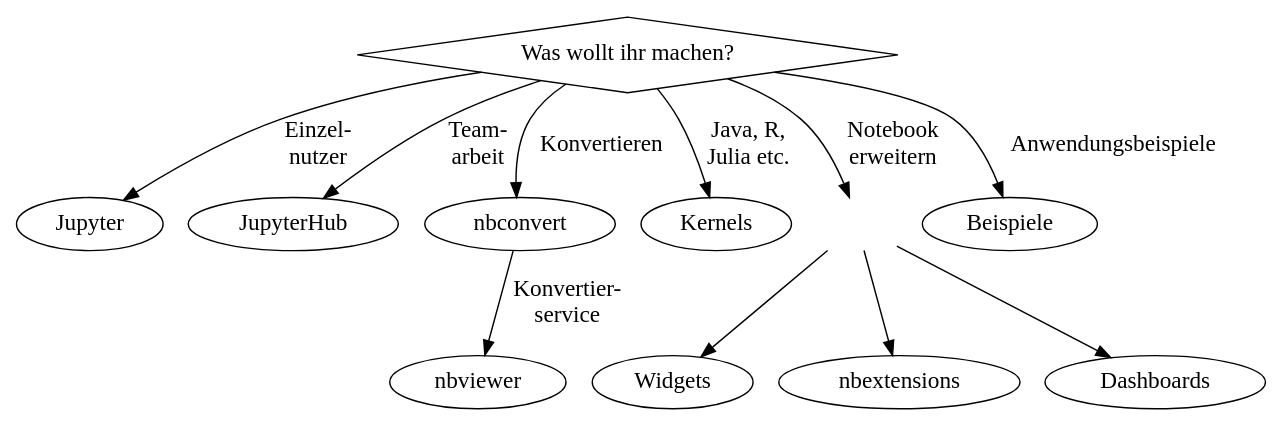
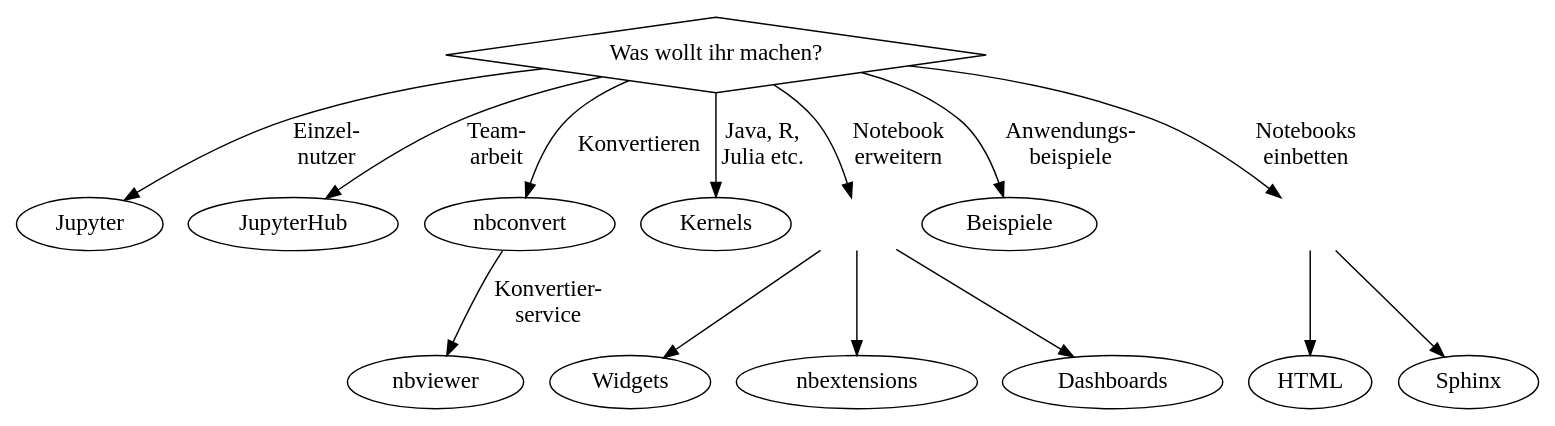
Before and after one commit to veit/jupyter-tutorial: the diagram in docs/jupyter/index.rst, drawn with Graphviz. The commit also changed other lines of this file, not shown here.

Commit message:
Add embedding jupyter notebooks to docs

```diff
--- a/docs/jupyter/index.rst
+++ b/docs/jupyter/index.rst
@@ -52,12 +52,16 @@
             tooltip="Anwendungsbeispiele bei Netflix, Bloomberg etc.",
             target="_top",
             href="../jupyter/use-cases.html"]
+        embed [
+            shape=plaintext,
+            label="",
+            tooltip="Notebooks in andere Anwendungen einbinden"]
         // 3rd Level
         widgets [
             label="Widgets",
             tooltip="ipywidgets installieren und nutzen",
             target="_top",
-            href="../jupyter/ipywidgets/"]
+            href="../jupyter/ipywidgets/index.html"]
         extend [
             label="nbextensions",
             tooltip="Installieren und Verwenden verschiedener Notebook-Erweiterungen",
@@ -68,6 +72,16 @@
             tooltip="Installieren und Verwenden von Dashboards",
             target="_top",
             href="../jupyter/dashboards/index.html"]
+        html [
+            label="HTML",
+            tooltip="Einbinden von Notebooks in statisches HTML",
+            target="_top",
+            href="../jupyter/ipywidgets/embedding.html"]
+        sphinx [
+            label="Sphinx",
+            tooltip="Einbinden von Notebooks in den Sphinx Document Generator",
+            target="_blank",
+            href="https://nbsphinx.readthedocs.io/"]
         // Edges
         what -> jupyter [label="Einzel-\nnutzer"]
         what -> hub [label="Team-\narbeit"]
@@ -75,10 +89,13 @@
         nbconvert -> nbviewer [label="Konvertier-\nservice"]
         what -> kernels [label="Java, R,\nJulia etc."]
         what -> extensions [label="Notebook\nerweitern"]
-        what -> examples [label="Anwendungsbeispiele"]
+        what -> examples [label="Anwendungs-\nbeispiele"]
+        what -> embed [label="Notebooks\neinbetten"]
         extensions -> {widgets extend dash}
+        embed -> {html sphinx}
         // Arangement
         {rank = same; what;}
-        {rank = same; jupyter; hub; nbconvert; kernels; extensions; examples;}
+        {rank = same; jupyter; hub; nbconvert; kernels; extensions; examples;embed;}
         {rank = same; widgets; extend; dash;}
+        {rank = same; html; sphinx}
     }
```
